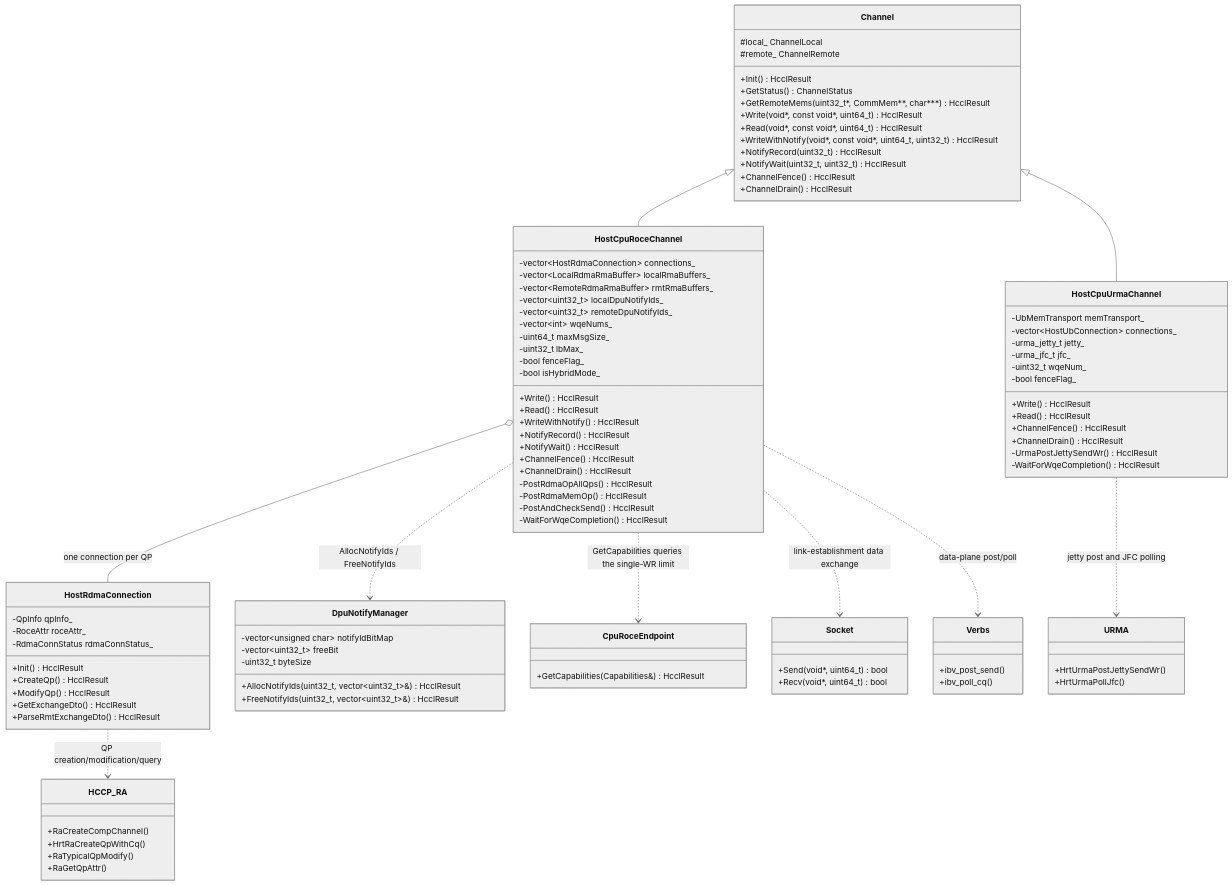
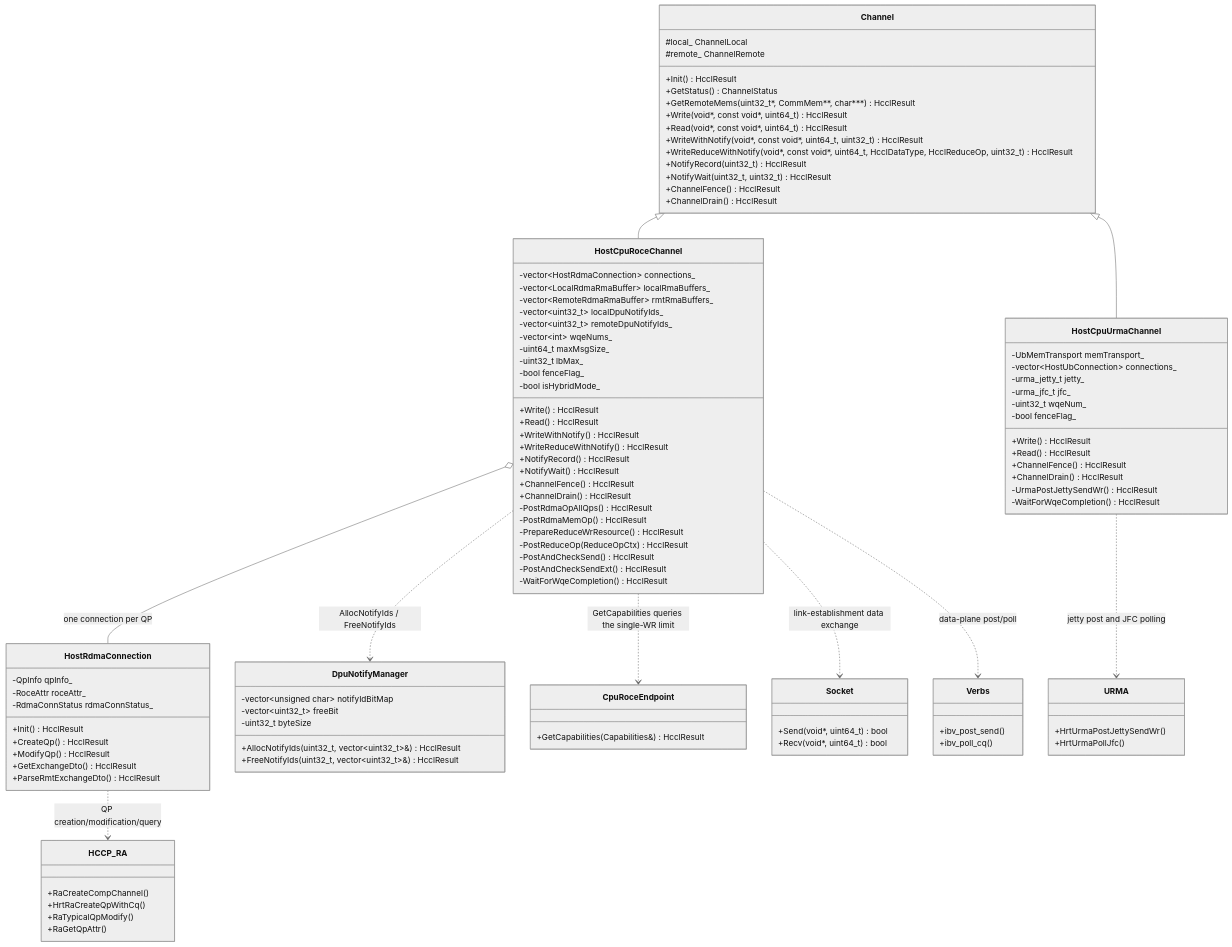
Before and after one commit to Atlas-Ascend-Fork/hcomm: diagram 11 of 11 in src/base_comm/resources/endpoint_pairs/channels/host/host_en.md, drawn with Mermaid (neutral theme). The commit also changed other lines of this file and 28 other files, not shown here.

```diff
--- a/src/base_comm/resources/endpoint_pairs/channels/host/host_en.md
+++ b/src/base_comm/resources/endpoint_pairs/channels/host/host_en.md
@@ -414,6 +455,7 @@
         +Write(void*, const void*, uint64_t) HcclResult
         +Read(void*, const void*, uint64_t) HcclResult
         +WriteWithNotify(void*, const void*, uint64_t, uint32_t) HcclResult
+        +WriteReduceWithNotify(void*, const void*, uint64_t, HcclDataType, HcclReduceOp, uint32_t) HcclResult
         +NotifyRecord(uint32_t) HcclResult
         +NotifyWait(uint32_t, uint32_t) HcclResult
         +ChannelFence() HcclResult
@@ -436,13 +478,17 @@
         +Write() HcclResult
         +Read() HcclResult
         +WriteWithNotify() HcclResult
+        +WriteReduceWithNotify() HcclResult
         +NotifyRecord() HcclResult
         +NotifyWait() HcclResult
         +ChannelFence() HcclResult
         +ChannelDrain() HcclResult
         -PostRdmaOpAllQps() HcclResult
         -PostRdmaMemOp() HcclResult
+        -PrepareReduceWrResource() HcclResult
+        -PostReduceOp(ReduceOpCtx) HcclResult
         -PostAndCheckSend() HcclResult
+        -PostAndCheckSendExt() HcclResult
         -WaitForWqeCompletion() HcclResult
     }
 
```
